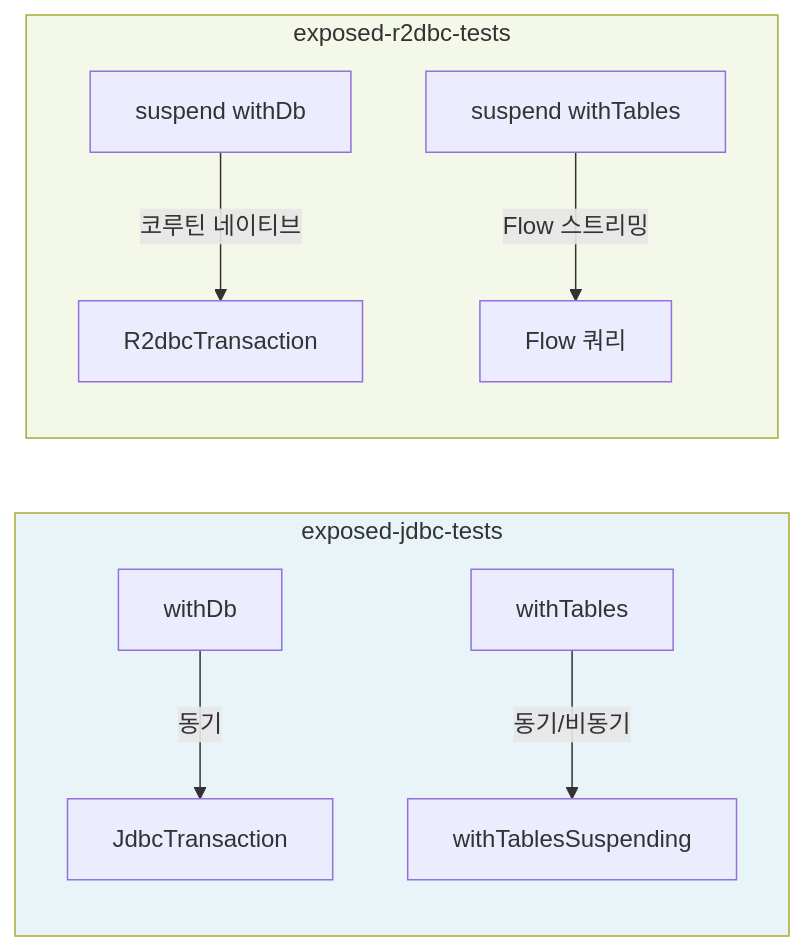
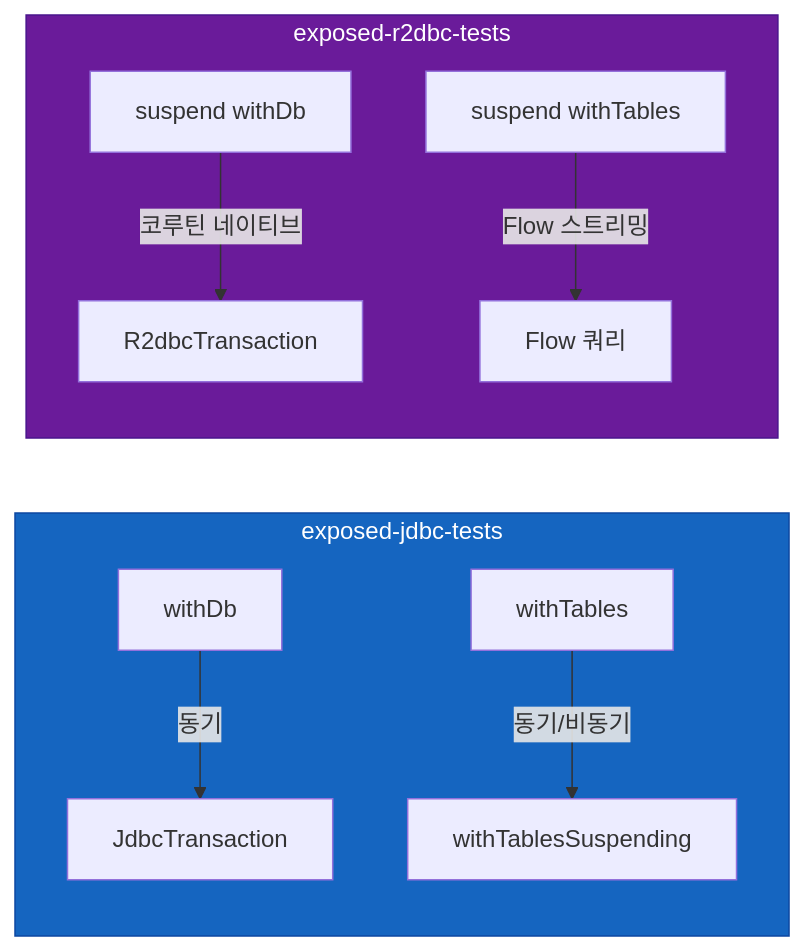
Before and after one commit to bluetape4k/bluetape4k-projects: the second of 2 diagrams in data/exposed-r2dbc-tests/README.ko.md, drawn with Mermaid. The commit also changed other lines of this file and 221 other files, not shown here.

First line of the commit message:
docs: 전체 모듈 README UML 다이어그램 보강 및 색상 업그레이드

````diff
--- a/data/exposed-r2dbc-tests/README.ko.md
+++ b/data/exposed-r2dbc-tests/README.ko.md
@@ -311,14 +319,14 @@
 ```mermaid
 flowchart LR
     subgraph JDBC_Tests["exposed-jdbc-tests"]
         J1[withDb] -->|동기| J2[JdbcTransaction]
         J3[withTables] -->|동기/비동기| J4[withTablesSuspending]
     end
     subgraph R2DBC_Tests["exposed-r2dbc-tests"]
         R1[suspend withDb] -->|코루틴 네이티브| R2[R2dbcTransaction]
         R3[suspend withTables] -->|Flow 스트리밍| R4[Flow 쿼리]
     end
 
-    style JDBC_Tests fill:#e8f4f8
-    style R2DBC_Tests fill:#f4f8e8
+    style JDBC_Tests fill:#1565C0,stroke:#0D47A1,color:#FFFFFF
+    style R2DBC_Tests fill:#6A1B9A,stroke:#4A148C,color:#FFFFFF
 ```
````
